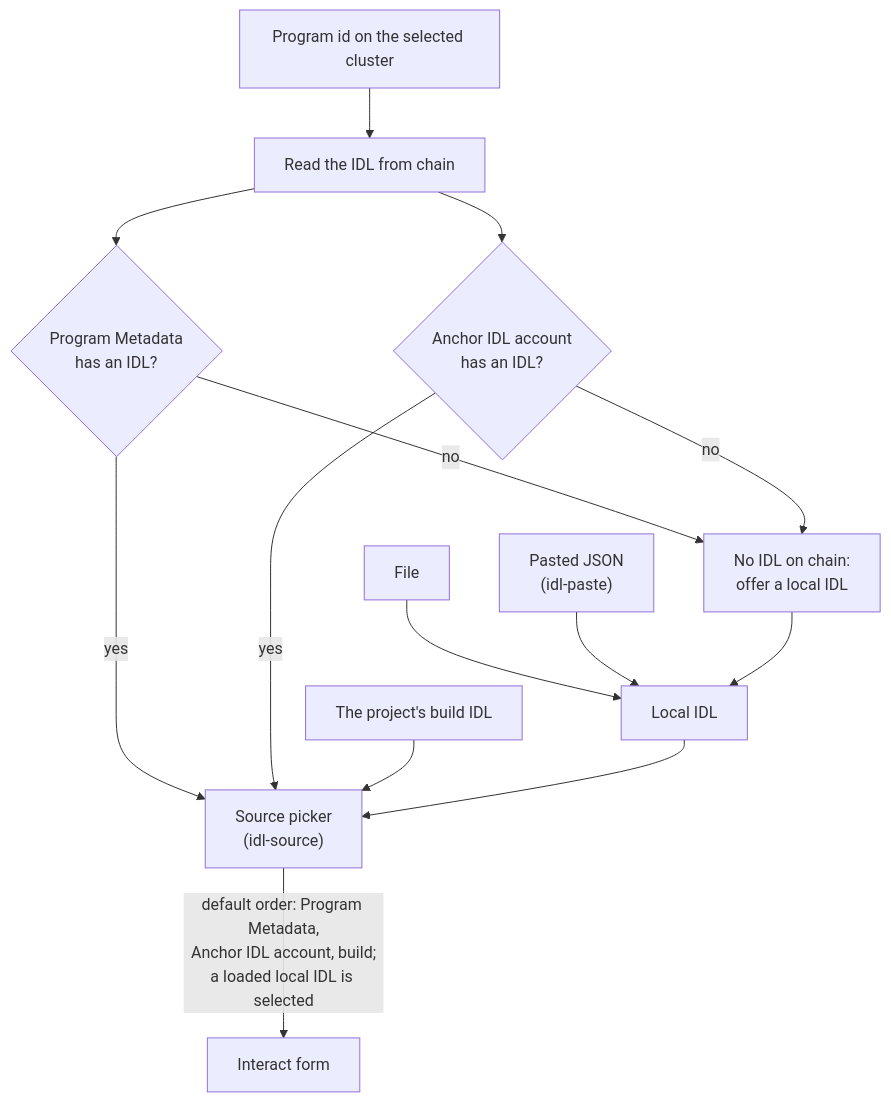
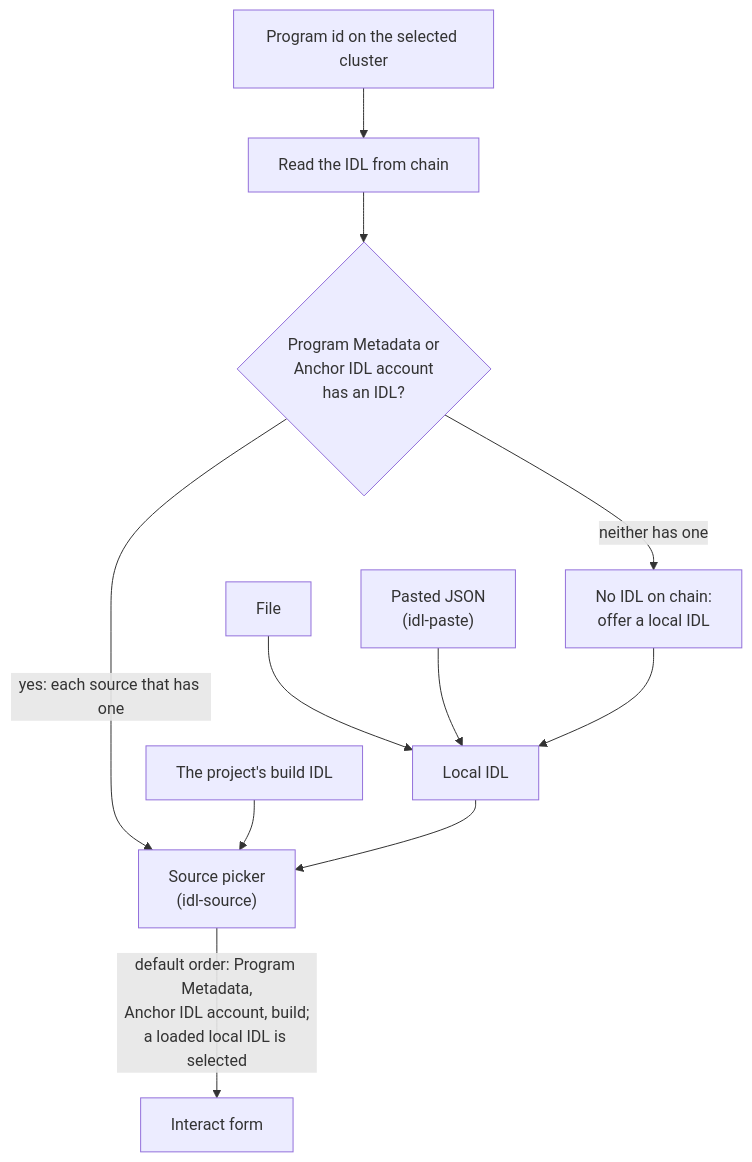
Before and after one commit to solana-foundation/solana-playground: the second of 3 diagrams in openspec/changes/wbdi-flow/design.md, drawn with Mermaid. The commit also changed other lines of this file, not shown here.

Commit message:
docs(openspec): fix the IDL-missing branch and the upload start event in the design diagrams (greploop 1)

````diff
--- a/openspec/changes/wbdi-flow/design.md
+++ b/openspec/changes/wbdi-flow/design.md
@@ -99,16 +99,13 @@
 ```mermaid
 flowchart TD
   pid["Program id on the selected cluster"] --> read["Read the IDL from chain"]
-  read --> pmp{"Program Metadata<br/>has an IDL?"}
-  read --> anchor{"Anchor IDL account<br/>has an IDL?"}
-  pmp -- yes --> picker["Source picker<br/>(idl-source)"]
-  anchor -- yes --> picker
+  read --> found{"Program Metadata or<br/>Anchor IDL account<br/>has an IDL?"}
+  found -- "yes: each source that has one" --> picker["Source picker<br/>(idl-source)"]
+  found -- "neither has one" --> none["No IDL on chain:<br/>offer a local IDL"]
   build["The project's build IDL"] --> picker
   file["File"] --> local["Local IDL"]
   paste["Pasted JSON<br/>(idl-paste)"] --> local
   local --> picker
-  pmp -- no --> none["No IDL on chain:<br/>offer a local IDL"]
-  anchor -- no --> none
   none --> local
   picker -->|"default order: Program Metadata,<br/>Anchor IDL account, build;<br/>a loaded local IDL is selected"| form["Interact form"]
 ```
````
